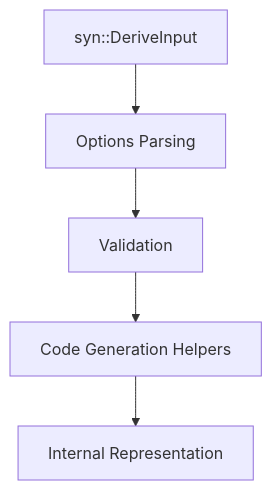
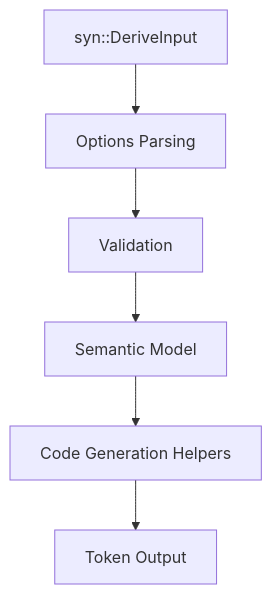
The diagram in crates/es-fluent-derive-core/docs/ARCHITECTURE.md (stayhydated/es-fluent), drawn with Mermaid before and after one commit. The commit also changed other lines of this file and 132 other files, not shown here.

````diff
--- a/crates/es-fluent-derive-core/docs/ARCHITECTURE.md
+++ b/crates/es-fluent-derive-core/docs/ARCHITECTURE.md
@@ -19,7 +19,8 @@
 ```mermaid
 flowchart TD
     AST[syn::DeriveInput] --> OPTS[Options Parsing]
     OPTS --> VAL[Validation]
-    VAL --> GEN[Code Generation Helpers]
-    GEN --> OUT[Internal Representation]
+    VAL --> SEM[Semantic Model]
+    SEM --> GEN[Code Generation Helpers]
+    GEN --> OUT[Token Output]
 ```
````
